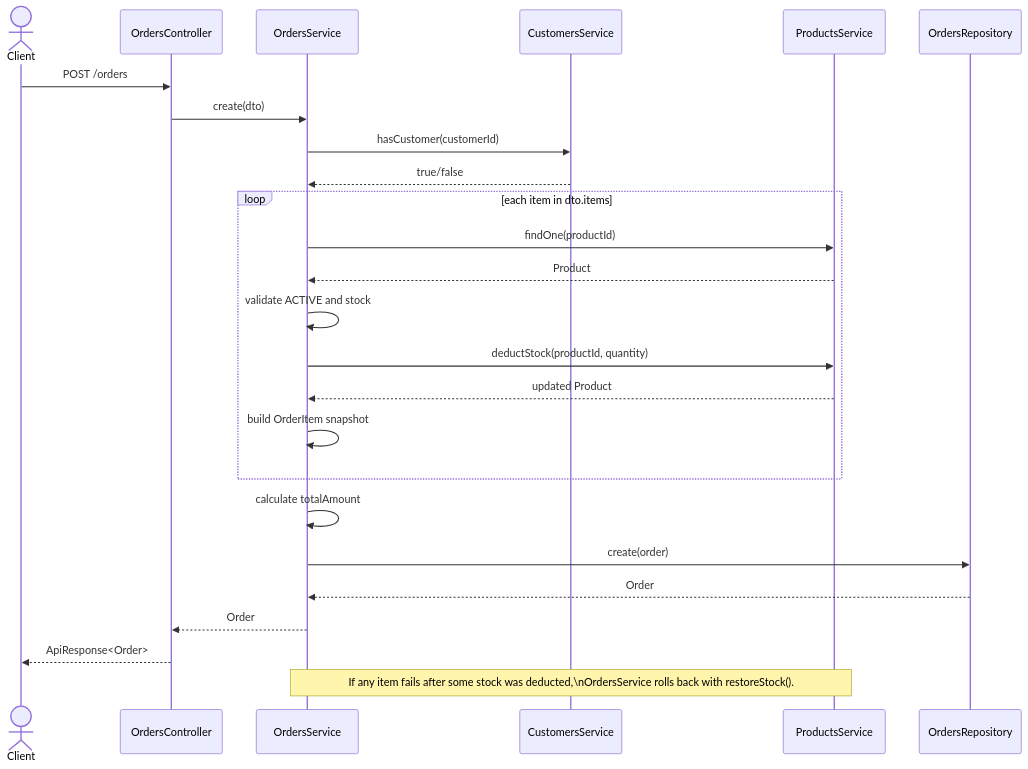
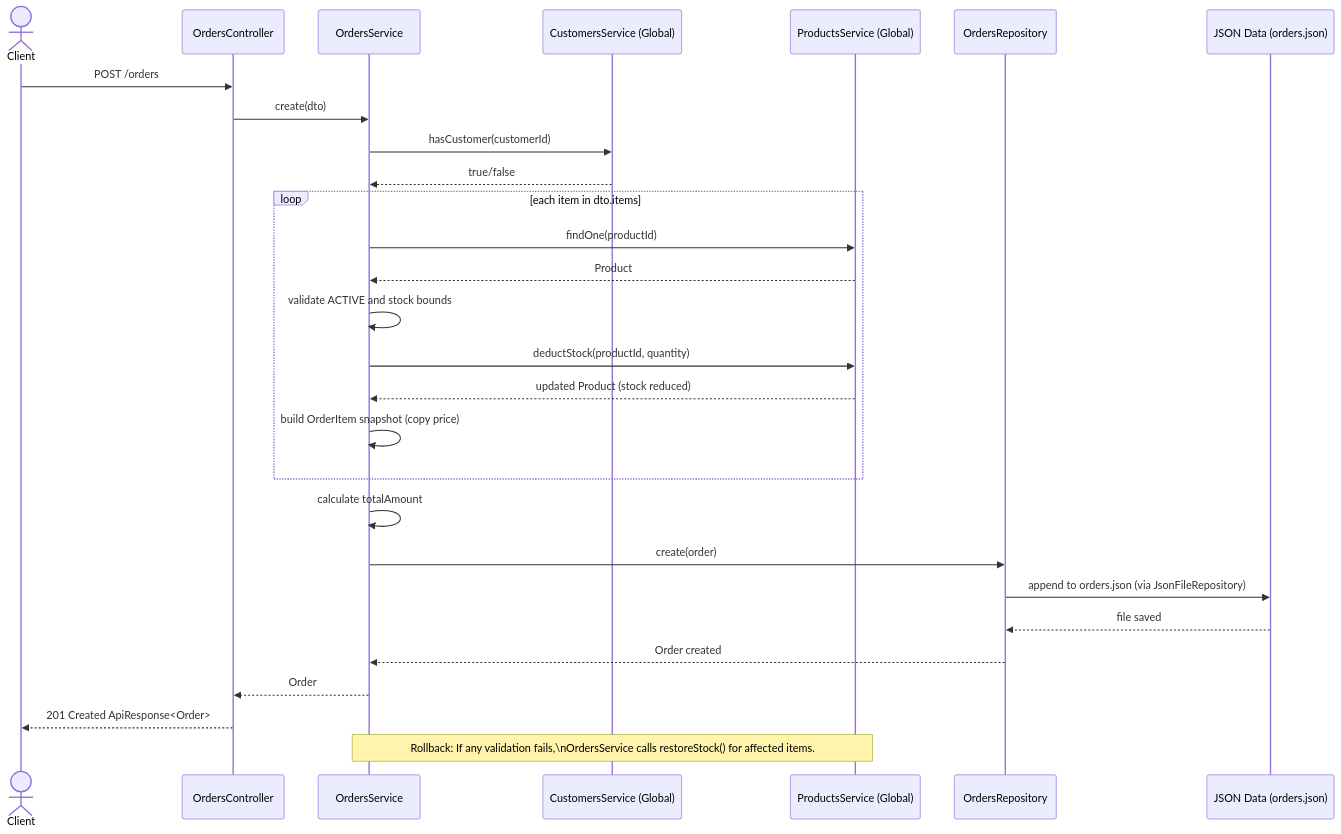
One commit to IkrtI/oop-typescript-final-project-2026 changed the fourth of 7 diagrams in docs/uml-diagrams.md. Above: the diagram before and after it, drawn with Mermaid. The commit also changed other lines of this file and 35 other files, not shown here.

````diff
--- a/docs/uml-diagrams.md
+++ b/docs/uml-diagrams.md
@@ -437,31 +297,36 @@
 ```mermaid
 sequenceDiagram
     actor Client
     participant OC as OrdersController
     participant OS as OrdersService
-    participant CS as CustomersService
-    participant PS as ProductsService
+    participant CS as CustomersService (Global)
+    participant PS as ProductsService (Global)
     participant OR as OrdersRepository
+    participant DB as JSON Data (orders.json)
 
     Client->>OC: POST /orders
     OC->>OS: create(dto)
+    
+    %% Cross-module dependencies are resolved via Global Modules
     OS->>CS: hasCustomer(customerId)
     CS-->>OS: true/false
 
     loop each item in dto.items
         OS->>PS: findOne(productId)
         PS-->>OS: Product
-        OS->>OS: validate ACTIVE and stock
+        OS->>OS: validate ACTIVE and stock bounds
         OS->>PS: deductStock(productId, quantity)
-        PS-->>OS: updated Product
-        OS->>OS: build OrderItem snapshot
+        PS-->>OS: updated Product (stock reduced)
+        OS->>OS: build OrderItem snapshot (copy price)
     end
 
     OS->>OS: calculate totalAmount
     OS->>OR: create(order)
-    OR-->>OS: Order
+    OR->>DB: append to orders.json (via JsonFileRepository)
+    DB-->>OR: file saved
+    OR-->>OS: Order created
     OS-->>OC: Order
-    OC-->>Client: ApiResponse<Order>
+    OC-->>Client: 201 Created ApiResponse<Order>
 
-    Note over OS,PS: If any item fails after some stock was deducted,\nOrdersService rolls back with restoreStock().
+    Note over OS,PS: Rollback: If any validation fails,\nOrdersService calls restoreStock() for affected items.
 ```
````
